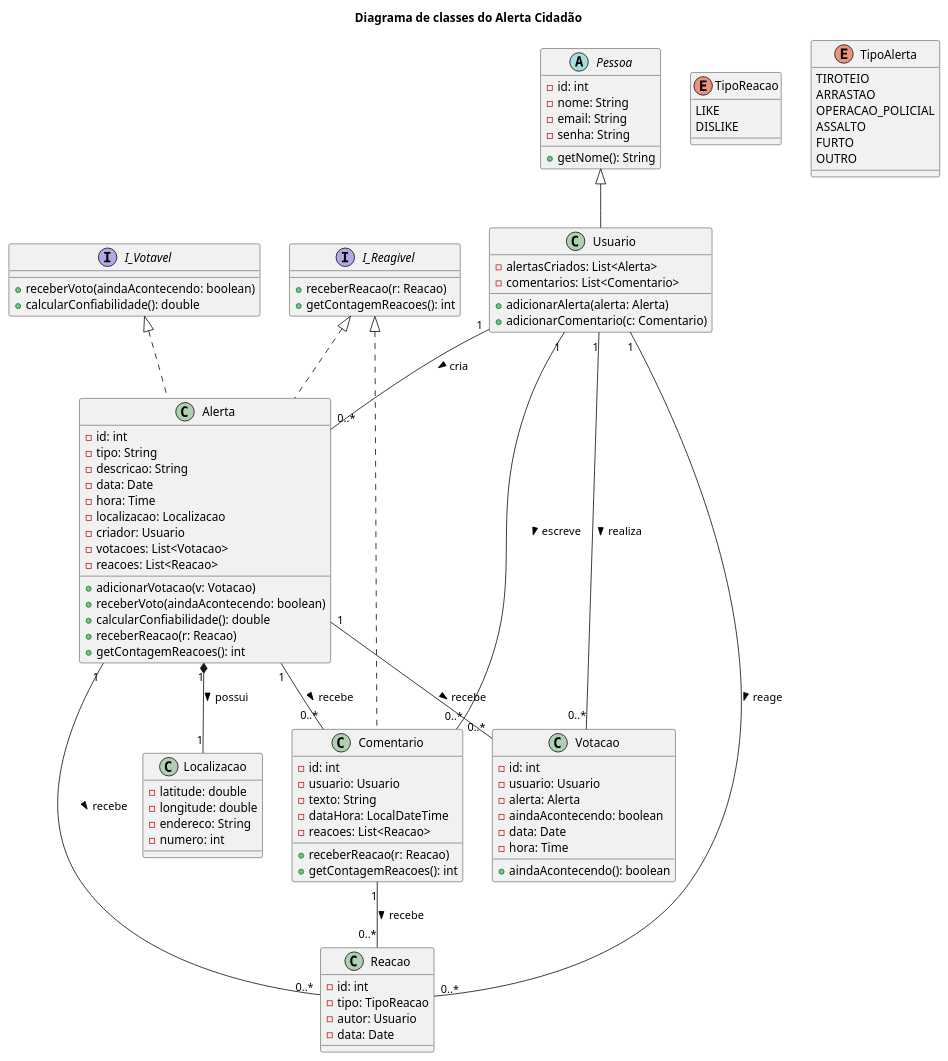
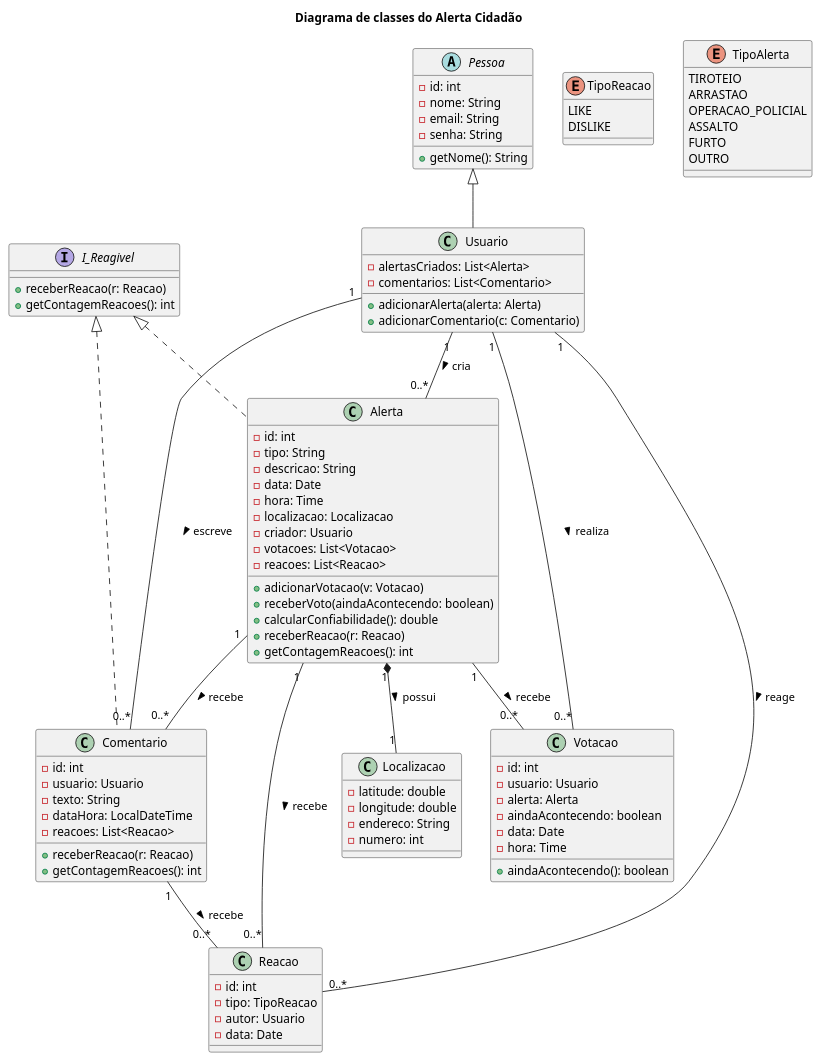
One commit to HugoWatzl/Alerta-Cidadao changed the diagram in DOCS/Diagrama de classes/Diagram de classes.plantuml. Above: the diagram before and after it, drawn with PlantUML. The commit also changed 12 other files, not shown here.

```diff
--- a/DOCS/Diagrama de classes/Diagram de classes.plantuml
+++ b/DOCS/Diagrama de classes/Diagram de classes.plantuml
@@ -1,115 +1,111 @@
 @startuml
 title "Diagrama de classes do Alerta Cidadão"
 
-' Interfaces
-interface I_Votavel {
-    +receberVoto(aindaAcontecendo: boolean)
-    +calcularConfiabilidade(): double
-}
+' Interface
 
 interface I_Reagivel {
     +receberReacao(r: Reacao)
     +getContagemReacoes(): int
 }
 
 
 ' Enum
 enum TipoReacao {
     LIKE
     DISLIKE
 }
 
 
 enum TipoAlerta {
     TIROTEIO
     ARRASTAO
     OPERACAO_POLICIAL
     ASSALTO
     FURTO
     OUTRO
 }
 
 ' abstrata
 abstract class Pessoa {
     -id: int
     -nome: String
     -email: String
     -senha: String
     +getNome(): String
     
 }
 
 ' Classes 
 class Usuario extends Pessoa {
     -alertasCriados: List<Alerta>
     -comentarios: List<Comentario>
     +adicionarAlerta(alerta: Alerta)
     +adicionarComentario(c: Comentario)
 }
 
-class Alerta implements I_Votavel, I_Reagivel {
+class Alerta implements I_Reagivel {
     -id: int
     -tipo: String
     -descricao: String
     -data: Date
     -hora: Time
     -localizacao: Localizacao
     -criador: Usuario
     -votacoes: List<Votacao>
     -reacoes: List<Reacao>
     +adicionarVotacao(v: Votacao)
     +receberVoto(aindaAcontecendo: boolean)
     +calcularConfiabilidade(): double
     +receberReacao(r: Reacao)
     +getContagemReacoes(): int
 }
 
 class Comentario implements I_Reagivel {
     -id: int
     -usuario: Usuario
     -texto: String
     -dataHora: LocalDateTime
     -reacoes: List<Reacao>
     +receberReacao(r: Reacao)
     +getContagemReacoes(): int
 }
 
 
 class Reacao {
     -id: int
     -tipo: TipoReacao
     -autor: Usuario
     -data: Date
 }
 
 class Votacao {
     -id: int
     -usuario: Usuario
     -alerta: Alerta
     -aindaAcontecendo: boolean
     -data: Date
     -hora: Time
     +aindaAcontecendo(): boolean
 }
 
 class Localizacao {
     -latitude: double
     -longitude: double
     -endereco: String
     -numero: int
 }
 
 
 
 ' Relacionamentos
 Usuario "1" -- "0..*" Alerta : cria >
 Usuario "1" -- "0..*" Votacao : realiza >
 Usuario "1" -- "0..*" Comentario : escreve >
 Usuario "1" -- "0..*" Reacao : reage >
 Alerta "1" -- "0..*" Votacao : recebe >
 Alerta "1" *-- "1" Localizacao : possui >
 Alerta "1" -- "0..*" Comentario : recebe >
 Alerta "1" -- "0..*" Reacao : recebe >
 Comentario "1" -- "0..*" Reacao : recebe >
 
 @enduml
```
